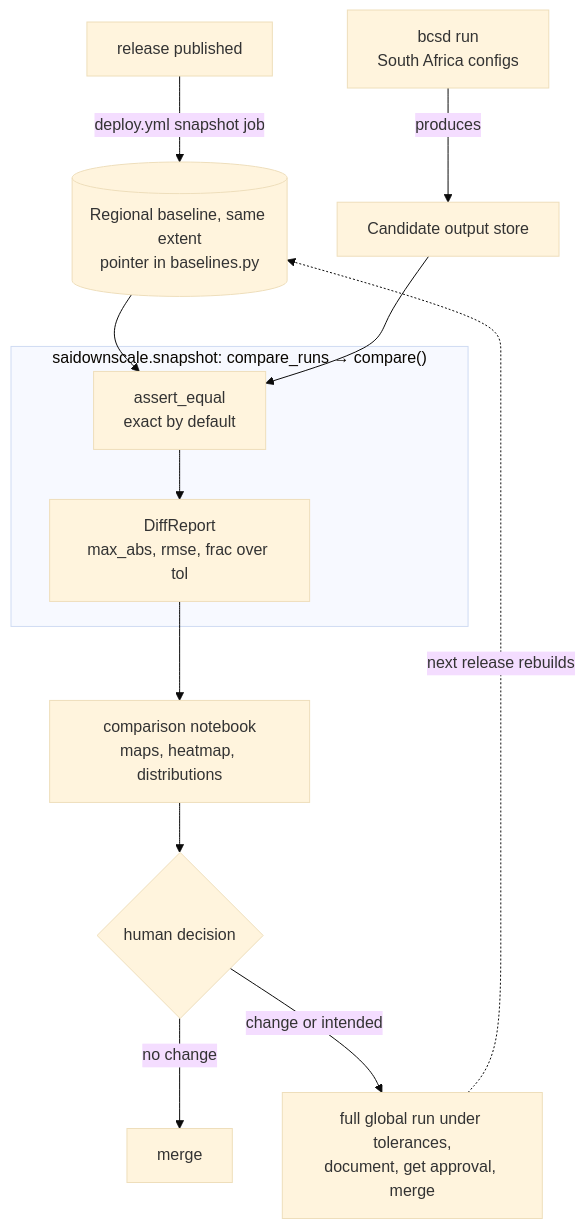
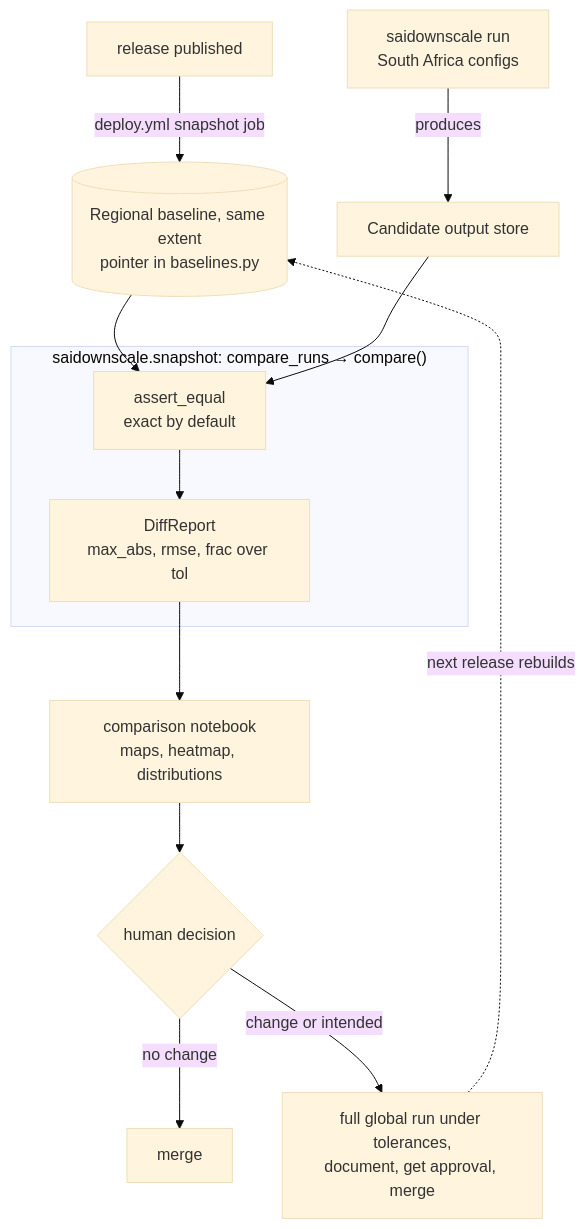
Before and after one commit to carbonplan/sai-downscaling: the diagram in docs/explanation/snapshot-testing.md, drawn with Mermaid (base theme). The commit also changed 30 other files, not shown here.

Commit message:
rename cli entry point bcsd to saidownscale

````diff
--- a/docs/explanation/snapshot-testing.md
+++ b/docs/explanation/snapshot-testing.md
@@ -9,19 +9,19 @@
 ```mermaid
 graph TB
     REL[release published] -->|deploy.yml snapshot job| SNAP
-    RUN[bcsd run<br/>South Africa configs] -->|produces| CAND[Candidate output store]
+    RUN[saidownscale run<br/>South Africa configs] -->|produces| CAND[Candidate output store]
     SNAP[("Regional baseline, same extent<br/>pointer in baselines.py")]
 
     SNAP --> CMP
     CAND --> CMP
 
     subgraph "saidownscale.snapshot: compare_runs → compare()"
         CMP["assert_equal<br/>exact by default"] --> REP["DiffReport<br/>max_abs, rmse, frac over tol"]
     end
 
     REP --> NB[comparison notebook<br/>maps, heatmap, distributions]
     NB --> V{human decision}
     V -->|no change| MERGE["merge"]
     V -->|change or intended| GLOBAL["full global run under tolerances,<br/>document, get approval, merge"]
     GLOBAL -.->|next release rebuilds| SNAP
 ```
````
